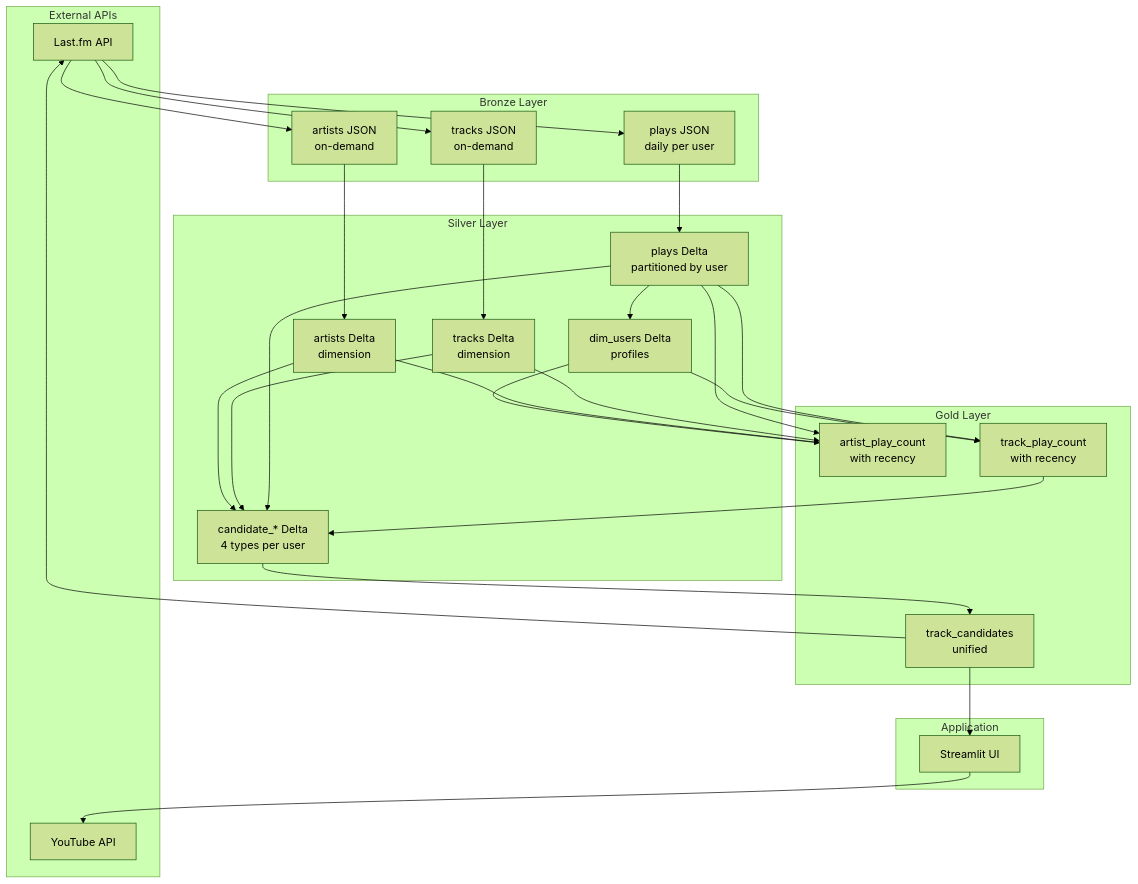
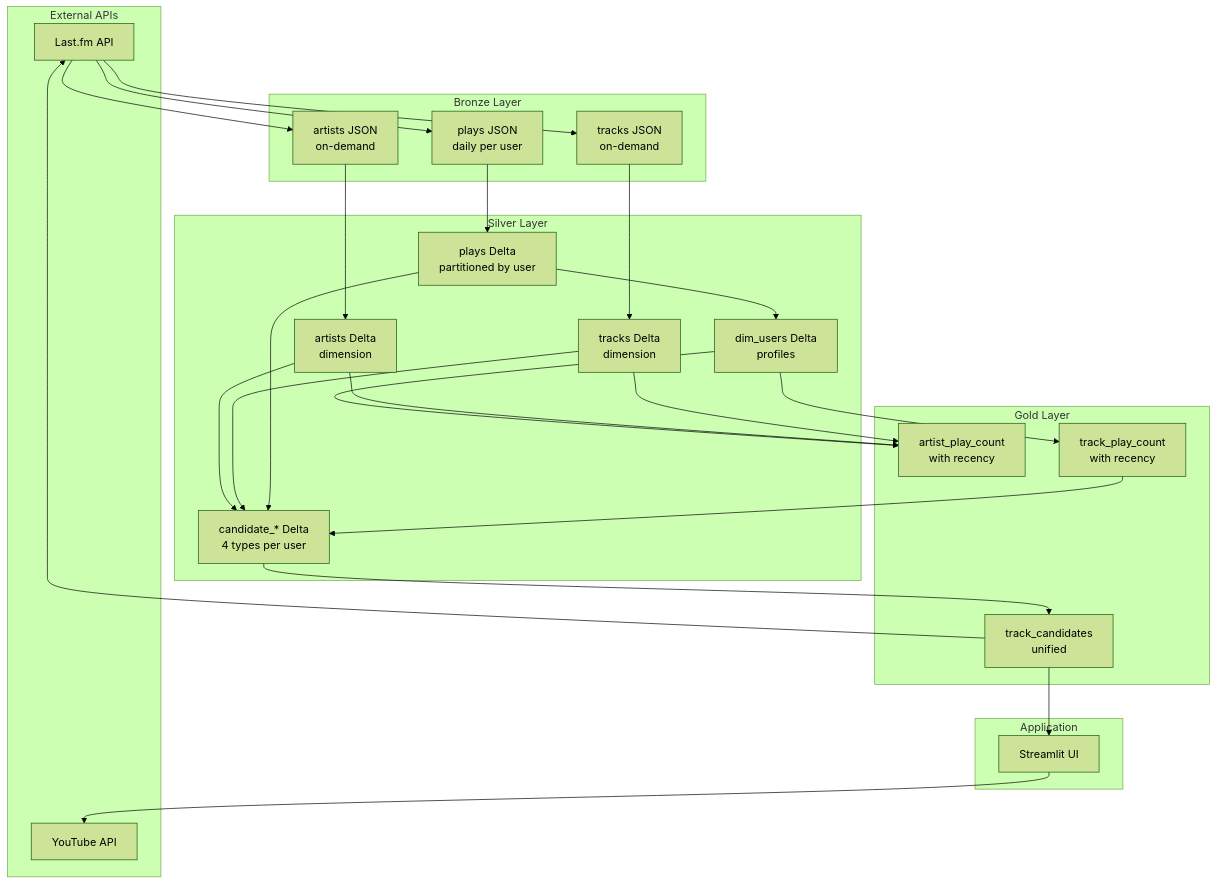
The first of 2 diagrams in docs/complete-architecture.md (boccileonardo/music-airflow), drawn with Mermaid (forest theme) before and after one commit. The commit also changed other lines of this file and 13 other files, not shown here.

````diff
--- a/docs/complete-architecture.md
+++ b/docs/complete-architecture.md
@@ -29,60 +29,58 @@
 ```mermaid
 graph TB
     subgraph "External APIs"
         API[Last.fm API]
         YT[YouTube API]
     end
 
     subgraph "Bronze Layer"
         B1[plays JSON<br/>daily per user]
         B2[tracks JSON<br/>on-demand]
         B3[artists JSON<br/>on-demand]
     end
 
     subgraph "Silver Layer"
         S1[plays Delta<br/>partitioned by user]
         S2[tracks Delta<br/>dimension]
         S3[artists Delta<br/>dimension]
         S4[dim_users Delta<br/>profiles]
         S5[candidate_* Delta<br/>4 types per user]
     end
 
     subgraph "Gold Layer"
         G1[artist_play_count<br/>with recency]
         G2[track_play_count<br/>with recency]
         G3[track_candidates<br/>unified]
     end
 
     subgraph "Application"
         APP[Streamlit UI]
     end
 
     API --> B1
     B1 --> S1
 
     S1 --> S5
     S2 --> S5
     S3 --> S5
     G2 --> S5
 
     S5 --> G3
 
     G3 --> API
     API --> B2
     API --> B3
     B2 --> S2
     B3 --> S3
 
     S1 --> S4
 
-    S1 --> G1
     S2 --> G1
     S3 --> G1
     S4 --> G1
 
-    S1 --> G2
     S4 --> G2
 
     G3 --> APP
     APP --> YT
 ```
````
